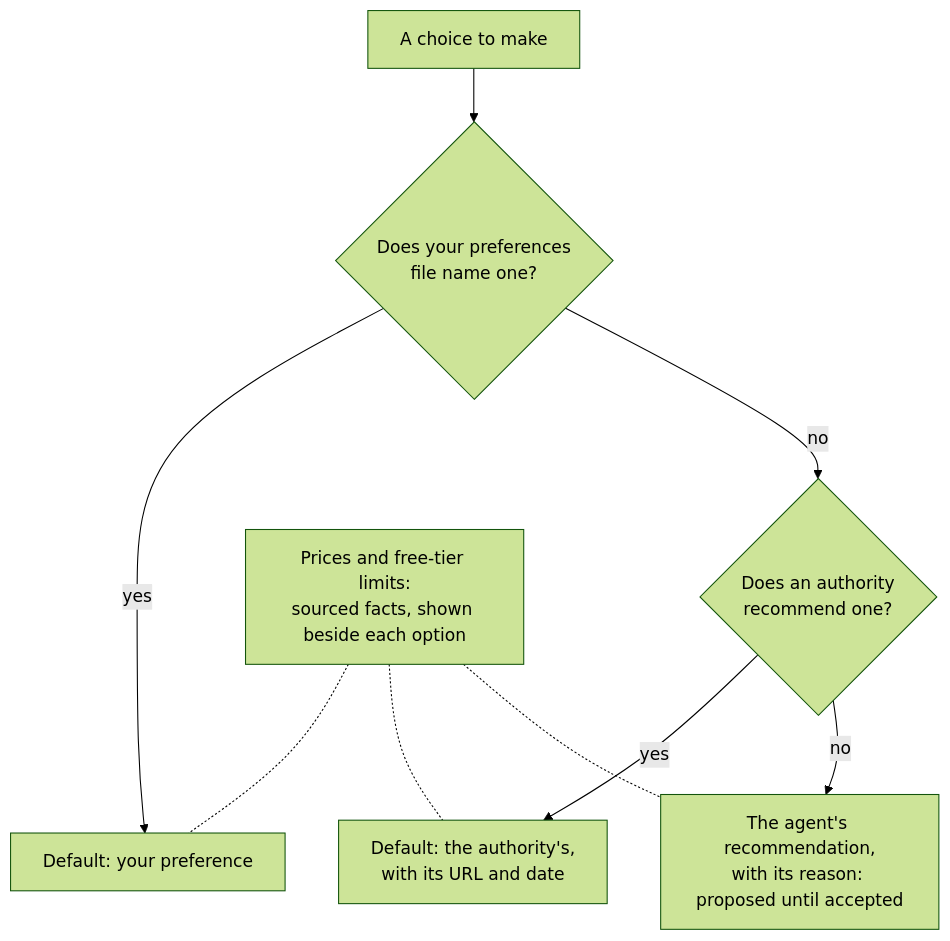
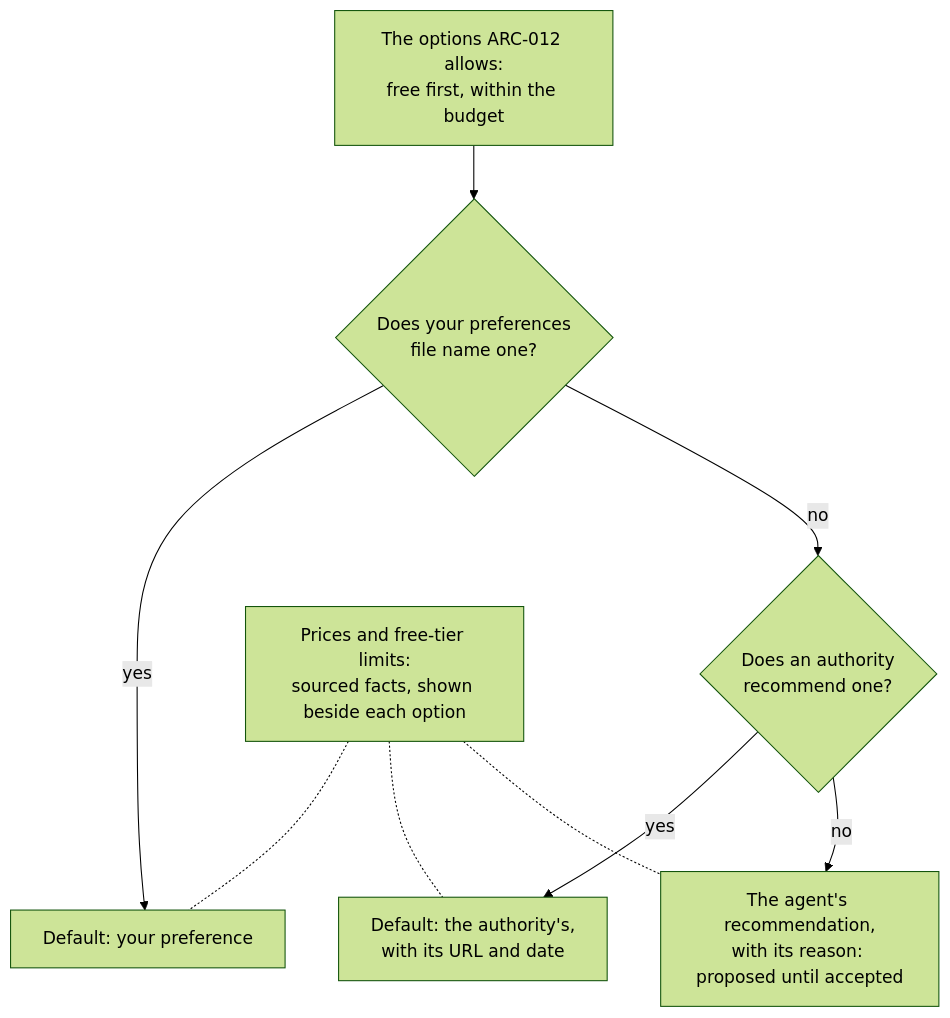
The fifth of 5 diagrams in README.md (DerekFoulk/dotnet-agent-kit), drawn with Mermaid (forest theme) before and after one commit. The commit also changed other lines of this file and 5 other files, not shown here.

First line of the commit message:
docs: answer the docs review: honest status, the true flows, terms explained

````diff
--- a/README.md
+++ b/README.md
@@ -163,13 +170,13 @@
 ```mermaid
 flowchart TD
-    accTitle: How a default is picked
-    accDescr: For a choice, if your preferences file names an option, that is the default, labeled as your preference. If not, and an authority recommends one, that is the default, labeled with the page and its date. Otherwise the agent recommends one, labeled as its own with a reason, proposed until you accept it. Prices and free-tier limits are sourced facts shown beside every option.
-    Q["A choice to make"] --> P{"Does your preferences<br/>file name one?"}
+    accTitle: How a default will be picked
+    accDescr: Within what ARC-012 allows, free first and within the budget: if your preferences file names an option, that is the default, labeled as your preference. If not, and an authority recommends one, that is the default, labeled with the page and its date. Otherwise the agent recommends one, labeled as its own with a reason, proposed until you accept it. Prices and free-tier limits are sourced facts shown beside every option.
+    L["The options ARC-012 allows:<br/>free first, within the budget"] --> P{"Does your preferences<br/>file name one?"}
     P -- yes --> UP["Default: your preference"]
     P -- no --> AU{"Does an authority<br/>recommend one?"}
     AU -- yes --> UA["Default: the authority's,<br/>with its URL and date"]
     AU -- no --> AG["The agent's recommendation,<br/>with its reason: proposed until accepted"]
     PRICE["Prices and free-tier limits:<br/>sourced facts, shown beside each option"] -.- UP
     PRICE -.- UA
     PRICE -.- AG
 ```
````
